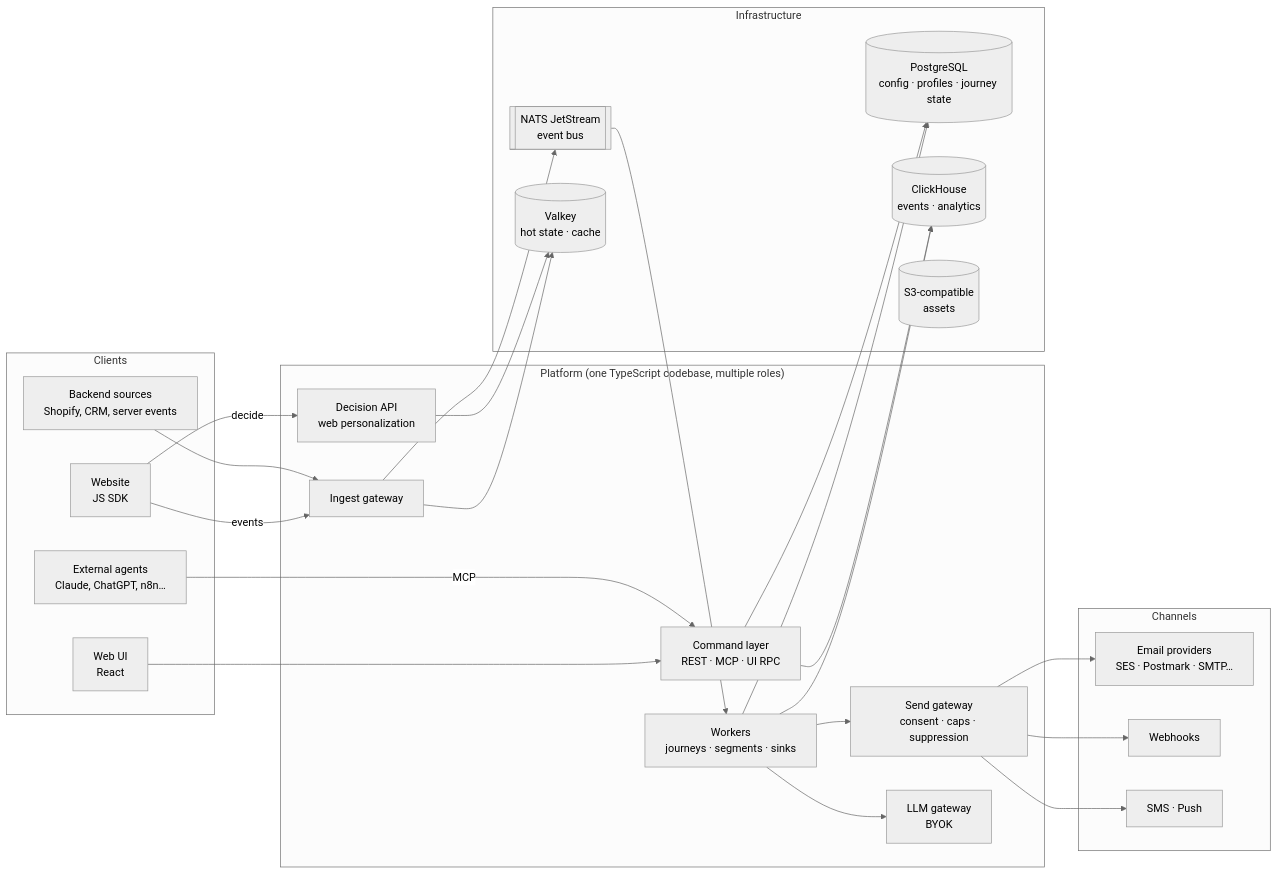
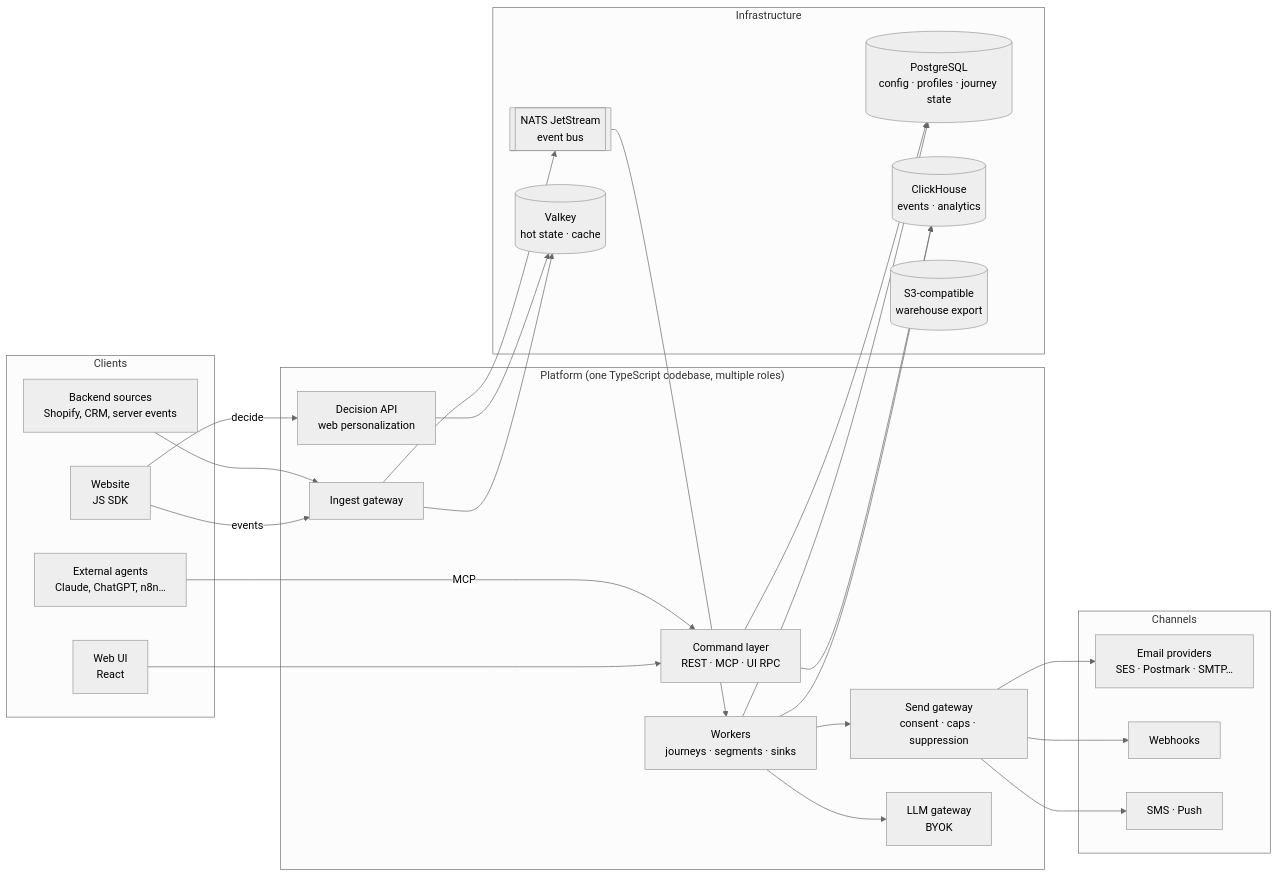
The diagram in docs/architecture/README.md (TimChr78/Agentic-Marketing), drawn with Mermaid (neutral theme) before and after one commit. The commit also changed 8 other files, not shown here.

````diff
--- a/docs/architecture/README.md
+++ b/docs/architecture/README.md
@@ -55,51 +55,51 @@
 ```mermaid
 flowchart LR
   subgraph Clients
     WEB[Website<br/>JS SDK]
     UI[Web UI<br/>React]
     AG[External agents<br/>Claude, ChatGPT, n8n…]
     SRV[Backend sources<br/>Shopify, CRM, server events]
   end
 
   subgraph Platform["Platform (one TypeScript codebase, multiple roles)"]
     ING[Ingest gateway]
     DEC[Decision API<br/>web personalization]
     API[Command layer<br/>REST · MCP · UI RPC]
     WRK[Workers<br/>journeys · segments · sinks]
     SG[Send gateway<br/>consent · caps · suppression]
     LLM[LLM gateway<br/>BYOK]
   end
 
   subgraph Infra["Infrastructure"]
     PG[(PostgreSQL<br/>config · profiles · journey state)]
     CH[(ClickHouse<br/>events · analytics)]
     NATS[[NATS JetStream<br/>event bus]]
     VK[(Valkey<br/>hot state · cache)]
-    S3[(S3-compatible<br/>assets)]
+    S3[(S3-compatible<br/>warehouse export)]
   end
 
   subgraph Channels
     ESP[Email providers<br/>SES · Postmark · SMTP…]
     WH[Webhooks]
     CH2[SMS · Push]
   end
 
   WEB -->|events| ING
   WEB -->|decide| DEC
   SRV --> ING
   UI --> API
   AG -->|MCP| API
   ING --> NATS
   ING --> VK
   NATS --> WRK
   WRK --> CH
   WRK --> PG
   DEC --> VK
   API --> PG
   API --> CH
   WRK --> SG
   WRK --> LLM
   SG --> ESP
   SG --> WH
   SG --> CH2
 ```
````
